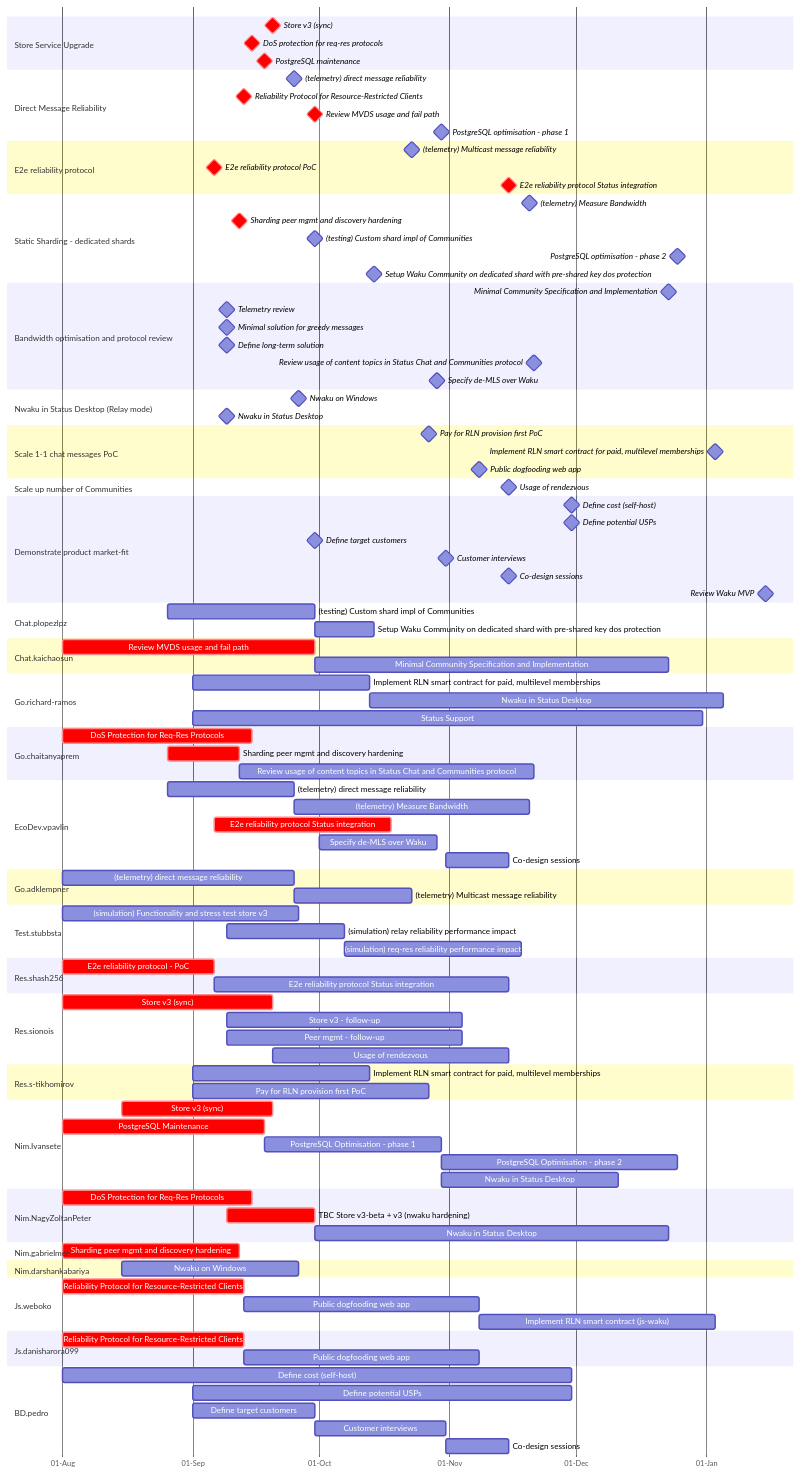
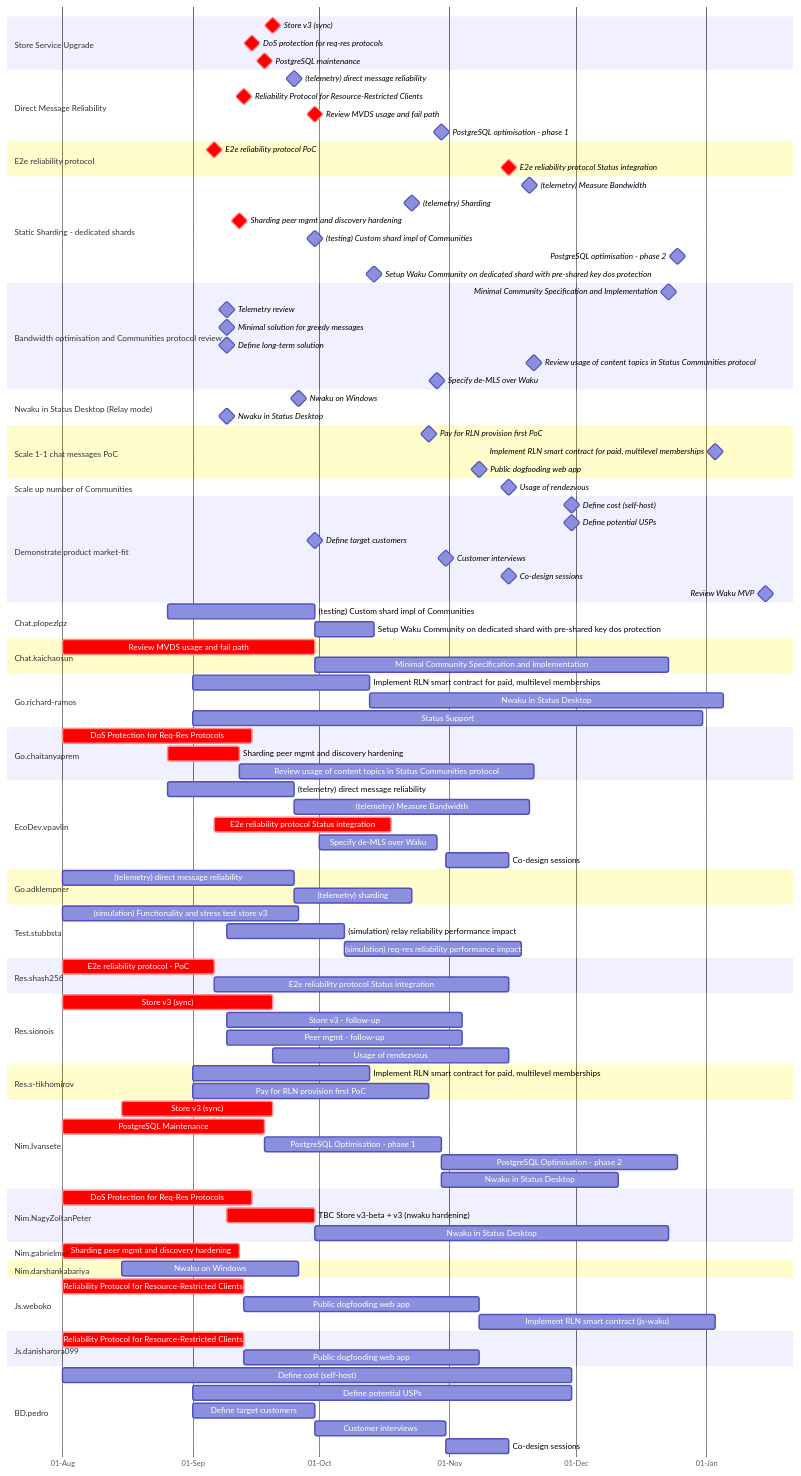
Before and after one commit to logos-co/roadmap: the diagram in content/waku/2024-gantt.md, drawn with Mermaid.

Commit message:
tidy telemetry and protocol review

```diff
--- a/content/waku/2024-gantt.md
+++ b/content/waku/2024-gantt.md
@@ -33,22 +33,22 @@
         Review MVDS usage and fail path: crit, milestone, after mvds, 0
         PostgreSQL optimisation - phase 1: milestone, after pgsql-opt-1, 0
     section E2e reliability protocol
-        (telemetry) Multicast message reliability: milestone, after telem-m-msg-rel, 0
         E2e reliability protocol PoC: milestone, crit, after e2e-rel-r, 0
         E2e reliability protocol Status integration: milestone, crit, after e2e-rel-status-r e2e-rel-status-g, 0
     section Static Sharding - dedicated shards
         (telemetry) Measure Bandwidth: milestone, after telem-bandwidth, 0
+        (telemetry) Sharding: milestone, after telem-shard, 0
         Sharding peer mgmt and discovery hardening: crit, milestone, after sh-peer-mgmt-n sh-peer-mgmt-g, 0
         (testing) Custom shard impl of Communities: milestone, after test-custom-shard, 0
         PostgreSQL optimisation - phase 2: milestone, after pgsql-opt-2, 0
         Setup Waku Community on dedicated shard with pre-shared key dos protection: milestone, after waku-com, 0
-    section Bandwidth optimisation and protocol review
+    section Bandwidth optimisation and Communities protocol review
         Minimal Community Specification and Implementation: milestone, after min-com-spec, 0
         %% TODO: schedule
         Telemetry review: milestone, after telem-review, 0
         Minimal solution for greedy messages: milestone, after min-sol-com, 0
         Define long-term solution: milestone, after define-com-sol, 0
-        Review usage of content topics in Status Chat and Communities protocol: milestone, after cont-topic-r, 0
+        Review usage of content topics in Status Communities protocol: milestone, after cont-topic-r, 0
         Specify de-MLS over Waku: milestone, after demls-spec, 0
     section Nwaku in Status Desktop (Relay mode)
         Nwaku on Windows: milestone, after nwaku-windows-n, 0
@@ -82,7 +82,7 @@
     section Go.chaitanyaprem
         DoS Protection for Req-Res Protocols: crit, dosreqres-g, 2024-08-01, 2024-09-15
         Sharding peer mgmt and discovery hardening: crit, sh-peer-mgmt-g, 2024-08-26, 2024-09-12
-        Review usage of content topics in Status Chat and Communities protocol: cont-topic-r, after sh-peer-mgmt-g, 10w
+        Review usage of content topics in Status Communities protocol: cont-topic-r, after sh-peer-mgmt-g, 10w
     section EcoDev.vpavlin
         (telemetry) direct message reliability: telem-d-msg-rel-1, 2024-08-26, 2024-09-25
         (telemetry) Measure Bandwidth: telem-bandwidth, after telem-d-msg-rel-1, 8w
@@ -93,7 +93,7 @@
         Co-design sessions: codesign-bd, after cust-int, 2024-11-15
     section Go.adklempner
         (telemetry) direct message reliability: telem-d-msg-rel-2, 2024-08-01, 2024-09-25
-        (telemetry) Multicast message reliability: telem-m-msg-rel, after telem-d-msg-rel-2, 4w
+        (telemetry) sharding: telem-shard, after telem-d-msg-rel-2, 4w
     section Test.stubbsta
         %% TODO Review estimate
         (simulation) Functionality and stress test store v3: sim-storev3, 2024-08-01, 8w
```
